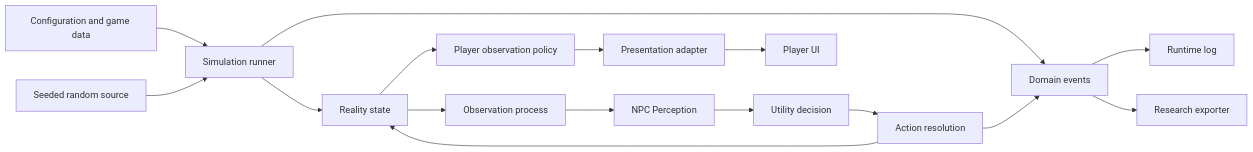
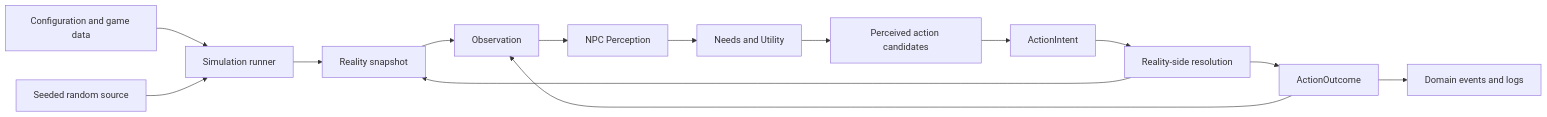
The first of 2 diagrams in docs/architecture/ARCHITECTURE.md (yoppy115/urutora), drawn with Mermaid before and after one commit. The commit also changed other lines of this file and 25 other files, not shown here.

````diff
--- a/docs/architecture/ARCHITECTURE.md
+++ b/docs/architecture/ARCHITECTURE.md
@@ -18,18 +18,16 @@
 ```mermaid
 flowchart LR
     C["Configuration and game data"] --> R["Simulation runner"]
     S["Seeded random source"] --> R
-    R --> W["Reality state"]
-    W --> O["Observation process"]
+    R --> W["Reality snapshot"]
+    W --> O["Observation"]
     O --> P["NPC Perception"]
-    P --> U["Utility decision"]
-    U --> A["Action resolution"]
+    P --> N["Needs and Utility"]
+    N --> K["Perceived action candidates"]
+    K --> I["ActionIntent"]
+    I --> A["Reality-side resolution"]
     A --> W
-    R --> E["Domain events"]
-    A --> E
-    E --> L["Runtime log"]
-    E --> X["Research exporter"]
-    W --> Q["Player observation policy"]
-    Q --> V["Presentation adapter"]
-    V --> UI["Player UI"]
+    A --> U["ActionOutcome"]
+    U --> O
+    U --> E["Domain events and logs"]
 ```
````
